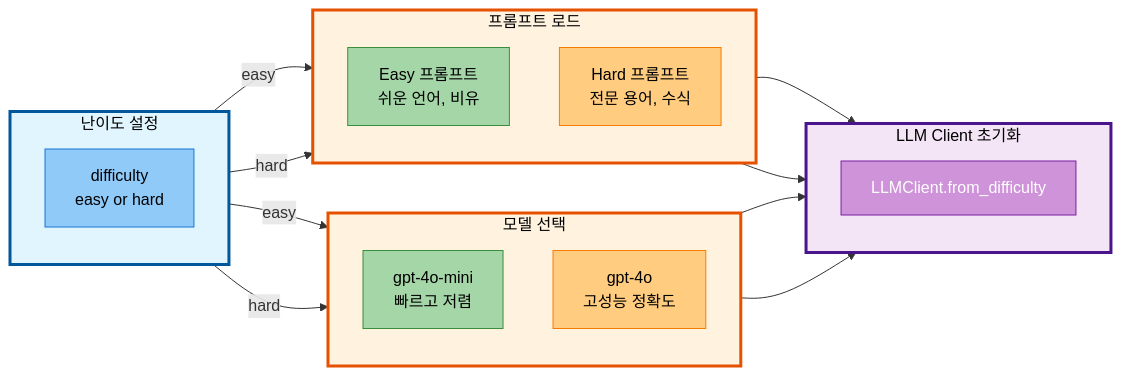
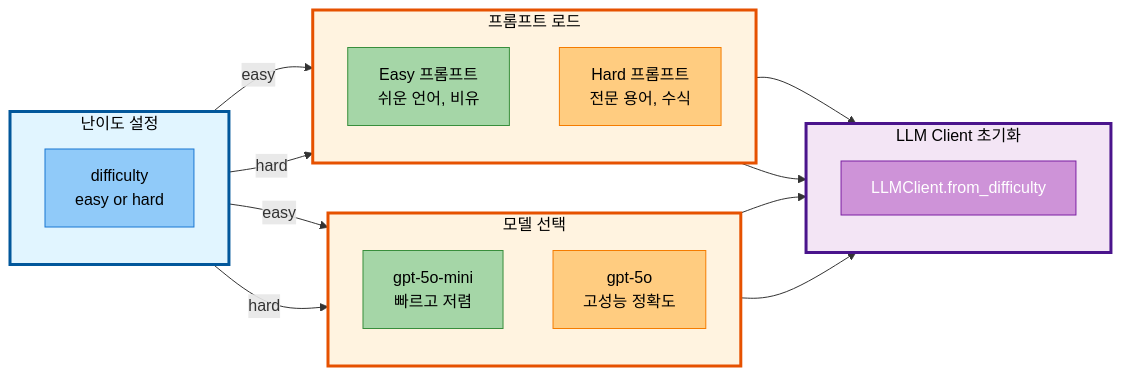
The third of 3 diagrams in docs/issues/04-1_프롬프트_엔지니어링_통합_보고서.md (AIBootcamp14/langchainproject-new-langchainproject_5), drawn with Mermaid before and after one commit. The commit also changed 19 other files, not shown here.

````diff
--- a/docs/issues/04-1_프롬프트_엔지니어링_통합_보고서.md
+++ b/docs/issues/04-1_프롬프트_엔지니어링_통합_보고서.md
@@ -428,58 +428,58 @@
 ```mermaid
 graph LR
     subgraph DiffSetting["난이도 설정"]
         direction TB
         Difficulty[difficulty<br/>easy or hard]
     end
 
     subgraph ClientInit["LLM Client 초기화"]
         direction TB
         LLMClient[LLMClient.from_difficulty]
     end
 
     subgraph ModelSelect["모델 선택"]
         direction TB
-        EasyModel[gpt-4o-mini<br/>빠르고 저렴]
-        HardModel[gpt-4o<br/>고성능 정확도]
+        EasyModel[gpt-5o-mini<br/>빠르고 저렴]
+        HardModel[gpt-5o<br/>고성능 정확도]
     end
 
     subgraph PromptLoad["프롬프트 로드"]
         direction TB
         EasyPrompt[Easy 프롬프트<br/>쉬운 언어, 비유]
         HardPrompt[Hard 프롬프트<br/>전문 용어, 수식]
     end
 
     Difficulty -->|"easy"| EasyModel
     Difficulty -->|"hard"| HardModel
     Difficulty -->|"easy"| EasyPrompt
     Difficulty -->|"hard"| HardPrompt
 
     EasyModel --> LLMClient
     HardModel --> LLMClient
     EasyPrompt --> LLMClient
     HardPrompt --> LLMClient
 
     %% Subgraph 스타일
     style DiffSetting fill:#e1f5ff,stroke:#01579b,stroke-width:3px,color:#000
     style ClientInit fill:#f3e5f5,stroke:#4a148c,stroke-width:3px,color:#000
     style ModelSelect fill:#fff3e0,stroke:#e65100,stroke-width:3px,color:#000
     style PromptLoad fill:#fff3e0,stroke:#e65100,stroke-width:3px,color:#000
 
     %% 노드 스타일 (난이도 설정 - 파랑 계열)
     style Difficulty fill:#90caf9,stroke:#1976d2,color:#000
 
     %% 노드 스타일 (LLM Client - 보라 계열)
     style LLMClient fill:#ce93d8,stroke:#7b1fa2,color:#fff
 
     %% 노드 스타일 (Easy 모델 - 녹색 계열)
     style EasyModel fill:#a5d6a7,stroke:#388e3c,color:#000
 
     %% 노드 스타일 (Hard 모델 - 주황 계열)
     style HardModel fill:#ffcc80,stroke:#f57c00,color:#000
 
     %% 노드 스타일 (Easy 프롬프트 - 녹색 계열)
     style EasyPrompt fill:#a5d6a7,stroke:#388e3c,color:#000
 
     %% 노드 스타일 (Hard 프롬프트 - 주황 계열)
     style HardPrompt fill:#ffcc80,stroke:#f57c00,color:#000
 ```
````
